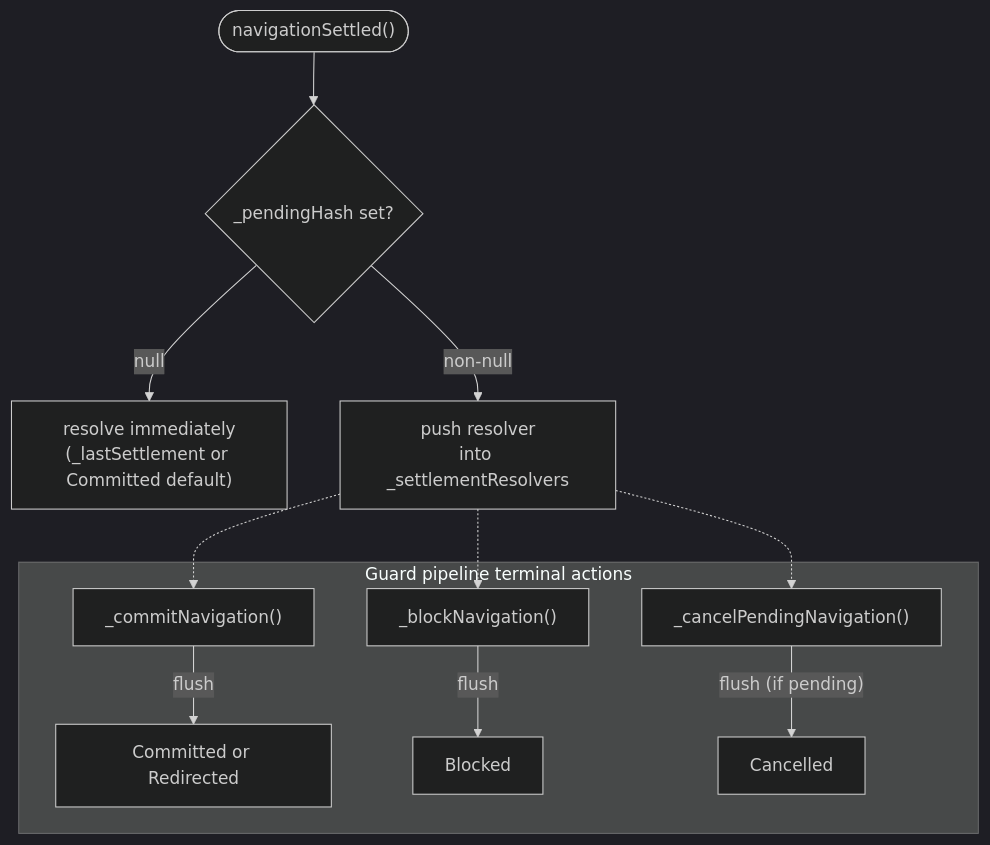
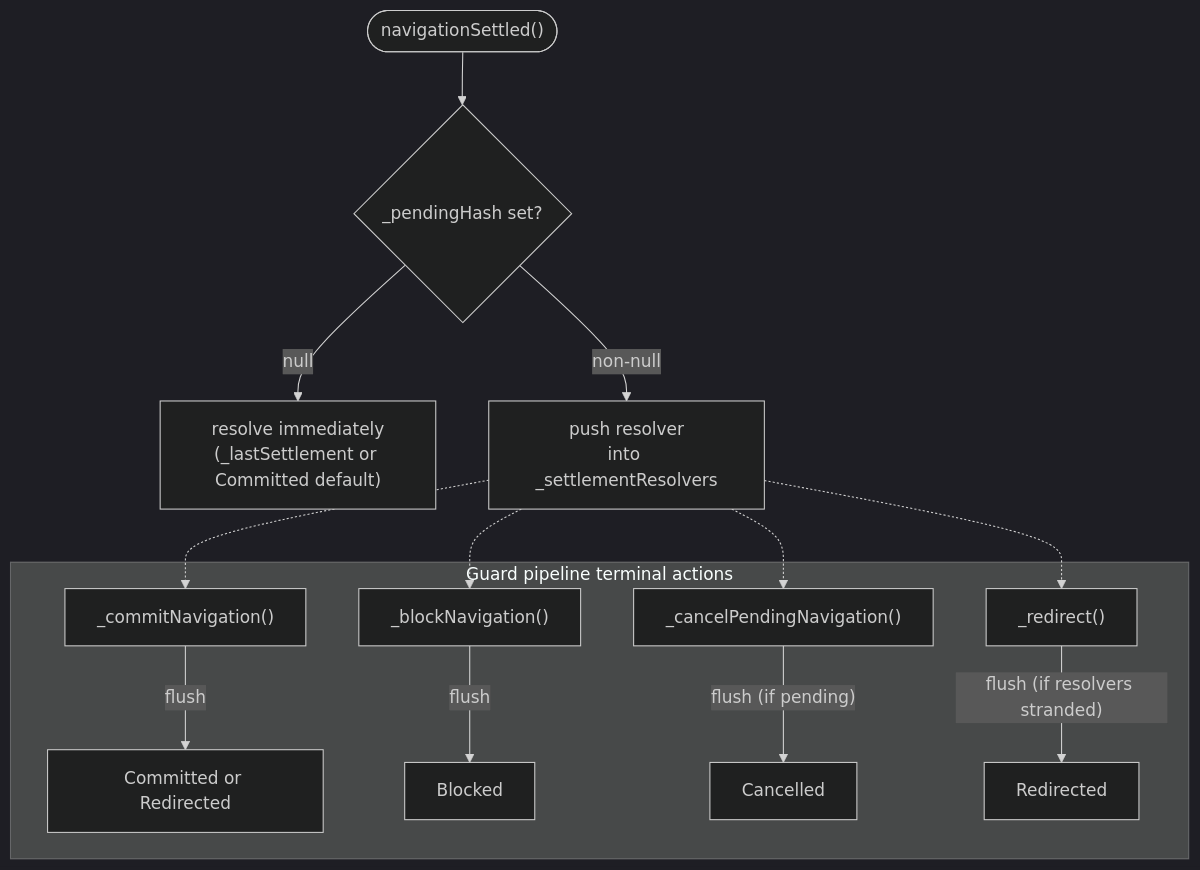
Before and after one commit to wridgeu/ui5-lib-guard-router: the fourth of 4 diagrams in docs/reference/architecture.md, drawn with Mermaid (dark theme). The commit also changed other lines of this file and 1 other file, not shown here.

First line of the commit message:
fix: prevent stranded settlement on redirect to nonexistent route

````diff
--- a/docs/reference/architecture.md
+++ b/docs/reference/architecture.md
@@ -291,16 +291,18 @@
 ```mermaid
 flowchart TD
     call(["navigationSettled()"]) --> pending{_pendingHash set?}
     pending -- "null" --> immediate["resolve immediately<br/>(_lastSettlement or Committed default)"]
     pending -- "non-null" --> push["push resolver<br/>into _settlementResolvers"]
 
     subgraph "Guard pipeline terminal actions"
         commit["_commitNavigation()"] -- "flush" --> fcommit["Committed or Redirected"]
         block["_blockNavigation()"] -- "flush" --> fblock["Blocked"]
         cancel["_cancelPendingNavigation()"] -- "flush (if pending)" --> fcancel["Cancelled"]
+        redirect["_redirect()"] -- "flush (if resolvers stranded)" --> fredirect["Redirected"]
     end
 
     push -.-> commit
     push -.-> block
     push -.-> cancel
+    push -.-> redirect
 ```
````
